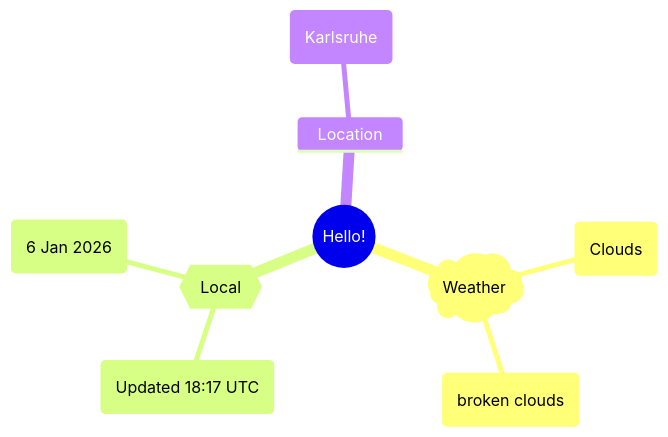
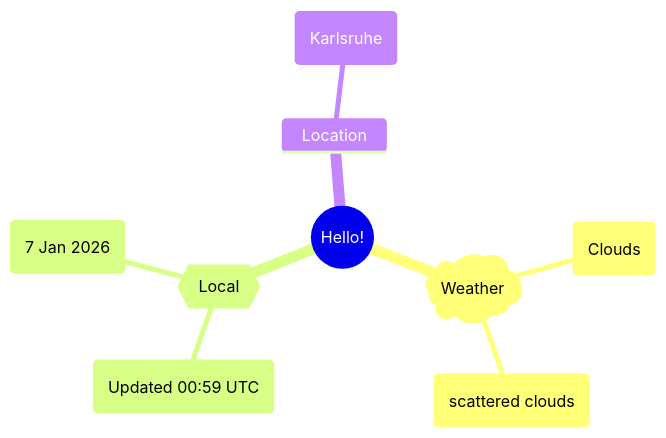
The first of 2 diagrams in README.md (Xosrov/Xosrov), drawn with Mermaid before and after one commit.

Commit message:
[bot] updated images

````diff
--- a/README.md
+++ b/README.md
@@ -3,12 +3,12 @@
 ```mermaid
 mindmap
   root((Hello!))
     )Weather(
         (Clouds)
-        (broken clouds)
+        (scattered clouds)
     {{Local}}
-        (Updated 18:17 UTC)
-        (6 Jan 2026)
+        (Updated 00:59 UTC)
+        (7 Jan 2026)
     Location
         (Karlsruhe)
 ```
````
